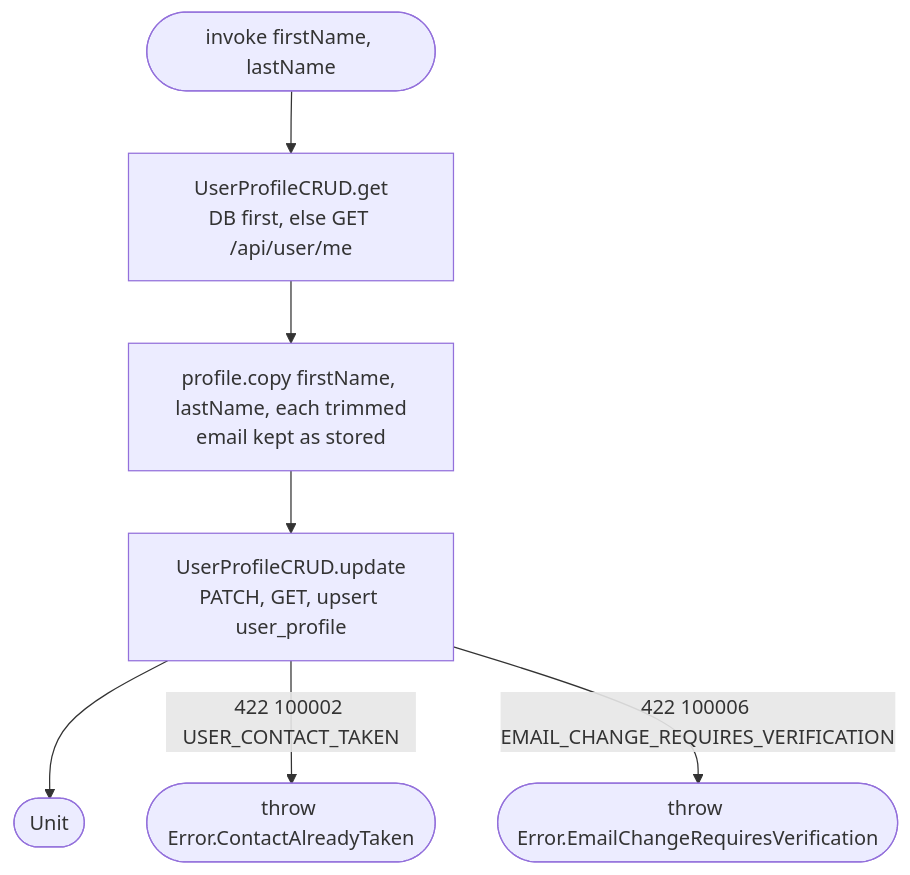
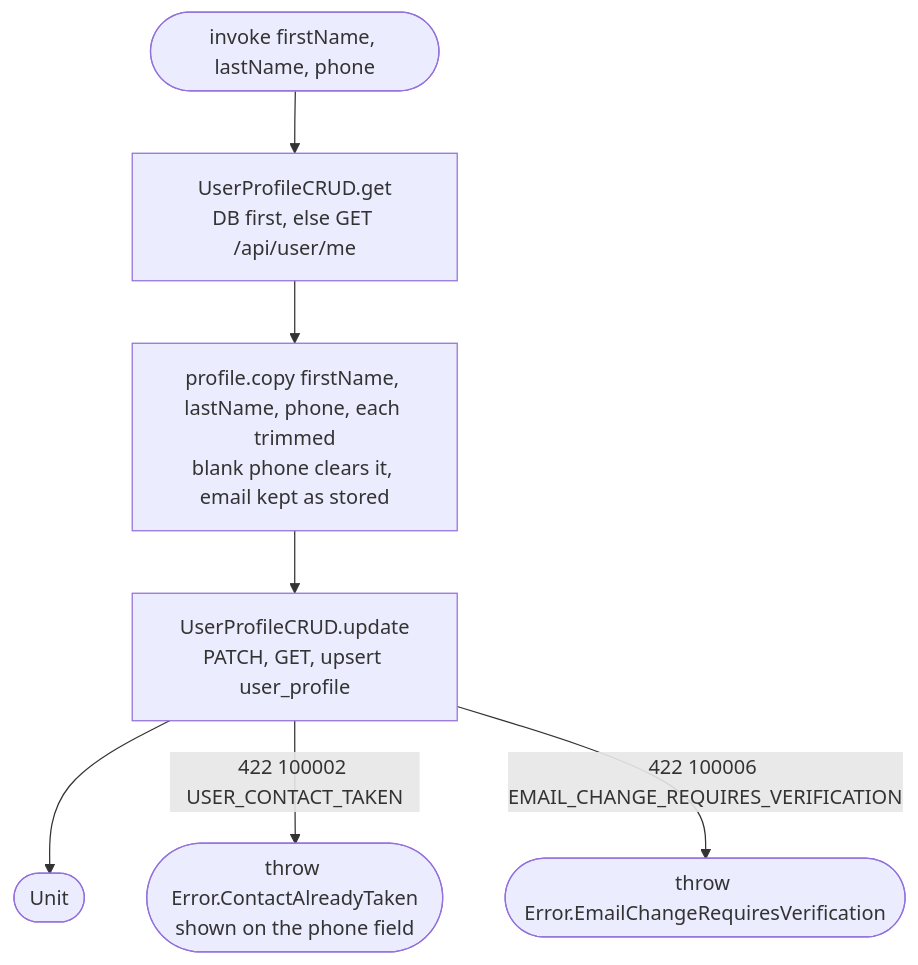
The diagram in docs/operations/settings/edit-profile.md (nocturneproperties/bookkme-client), drawn with Mermaid before and after one commit. The commit also changed other lines of this file and 27 other files, not shown here.

````diff
--- a/docs/operations/settings/edit-profile.md
+++ b/docs/operations/settings/edit-profile.md
@@ -13,9 +14,9 @@
 ```mermaid
 flowchart TD
-    Start([invoke firstName, lastName]) --> Get[UserProfileCRUD.get<br/>DB first, else GET /api/user/me]
-    Get --> Copy[profile.copy firstName, lastName, each trimmed<br/>email kept as stored]
+    Start([invoke firstName, lastName, phone]) --> Get[UserProfileCRUD.get<br/>DB first, else GET /api/user/me]
+    Get --> Copy[profile.copy firstName, lastName, phone, each trimmed<br/>blank phone clears it, email kept as stored]
     Copy --> Upd[UserProfileCRUD.update<br/>PATCH, GET, upsert user_profile]
     Upd --> R([Unit])
-    Upd -- 422 100002 USER_CONTACT_TAKEN --> Taken([throw Error.ContactAlreadyTaken])
+    Upd -- 422 100002 USER_CONTACT_TAKEN --> Taken([throw Error.ContactAlreadyTaken<br/>shown on the phone field])
     Upd -- 422 100006 EMAIL_CHANGE_REQUIRES_VERIFICATION --> Verify([throw Error.EmailChangeRequiresVerification])
 ```
````
